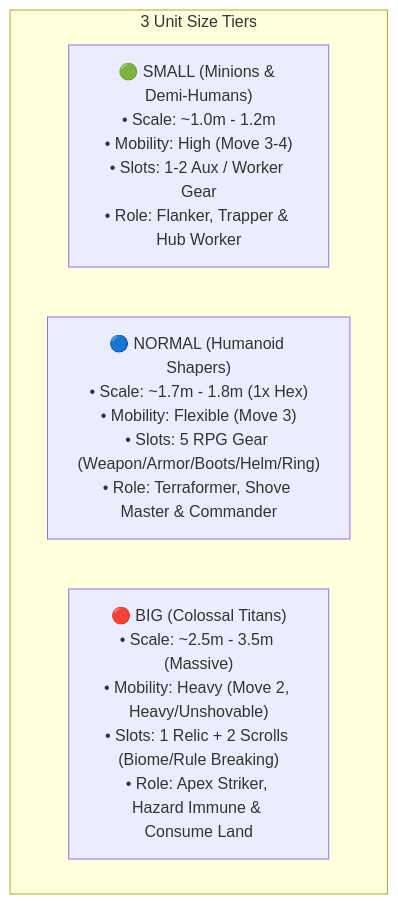
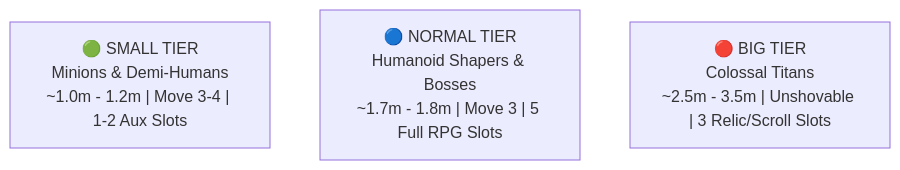
Before and after one commit to NealversePrime/ElementalHexTactics3D: the first of 2 diagrams in wiki/04-Units-and-Attunement.md, drawn with Mermaid. The commit also changed 2 other files, not shown here.

Commit message:
fix(wiki): optimize Mermaid diagram layouts to prevent text clipping on GitHub

````diff
--- a/wiki/04-Units-and-Attunement.md
+++ b/wiki/04-Units-and-Attunement.md
@@ -11,8 +11,6 @@
 ```mermaid
 flowchart TD
-    subgraph UnitSizes["3 Unit Size Tiers"]
-        S["🟢 SMALL (Minions & Demi-Humans)<br/>• Scale: ~1.0m - 1.2m<br/>• Mobility: High (Move 3-4)<br/>• Slots: 1-2 Aux / Worker Gear<br/>• Role: Flanker, Trapper & Hub Worker"]
-        N["🔵 NORMAL (Humanoid Shapers)<br/>• Scale: ~1.7m - 1.8m (1x Hex)<br/>• Mobility: Flexible (Move 3)<br/>• Slots: 5 RPG Gear (Weapon/Armor/Boots/Helm/Ring)<br/>• Role: Terraformer, Shove Master & Commander"]
-        B["🔴 BIG (Colossal Titans)<br/>• Scale: ~2.5m - 3.5m (Massive)<br/>• Mobility: Heavy (Move 2, Heavy/Unshovable)<br/>• Slots: 1 Relic + 2 Scrolls (Biome/Rule Breaking)<br/>• Role: Apex Striker, Hazard Immune & Consume Land"]
-    end
+    S["🟢 SMALL TIER<br/>Minions & Demi-Humans<br/>~1.0m - 1.2m | Move 3-4 | 1-2 Aux Slots"]
+    N["🔵 NORMAL TIER<br/>Humanoid Shapers & Bosses<br/>~1.7m - 1.8m | Move 3 | 5 Full RPG Slots"]
+    B["🔴 BIG TIER<br/>Colossal Titans<br/>~2.5m - 3.5m | Unshovable | 3 Relic/Scroll Slots"]
 ```
````
